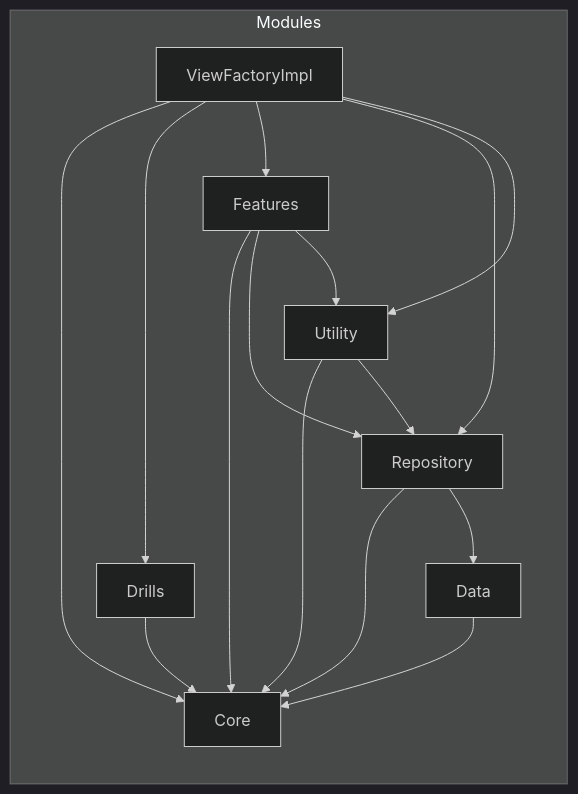
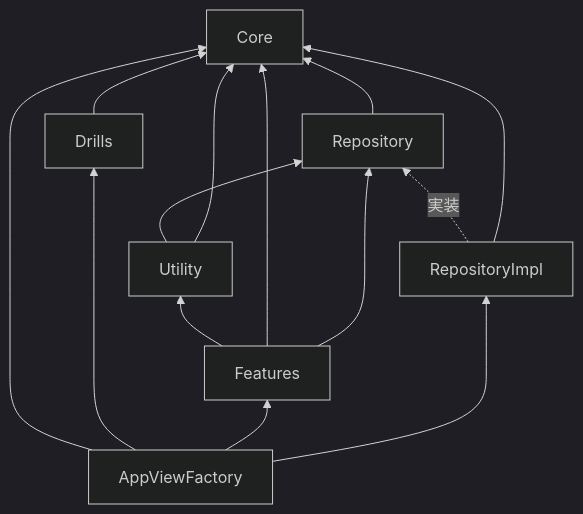
The diagram in README.md (terry-private/Otap), drawn with Mermaid (dark theme) before and after one commit. The commit also changed other lines of this file, not shown here.

````diff
--- a/README.md
+++ b/README.md
@@ -34,19 +39,16 @@
 ```mermaid
 flowchart BT
-    subgraph Modules
-        Data --> Core
-        Drills --> Core
-        Repository --> Core
-        Repository --> Data
-        Utility --> Core
-        Utility --> Repository
-        ViewFactoryImpl --> Core
-        ViewFactoryImpl --> Drills
-        ViewFactoryImpl --> Features
-        ViewFactoryImpl --> Repository
-        ViewFactoryImpl --> Utility
-        Features --> Core
-        Features --> Repository
-        Features --> Utility
-    end
+  RepositoryImpl -.-> |実装| Repository
+  Repository --> Core
+  RepositoryImpl --> Core
+  Drills --> Core
+  Utility --> Repository
+  Utility --> Core
+  AppViewFactory --> Core
+  AppViewFactory --> Drills
+  AppViewFactory --> Features
+  AppViewFactory --> RepositoryImpl
+  Features --> Utility
+  Features --> Core
+  Features --> Repository
 ```
````
